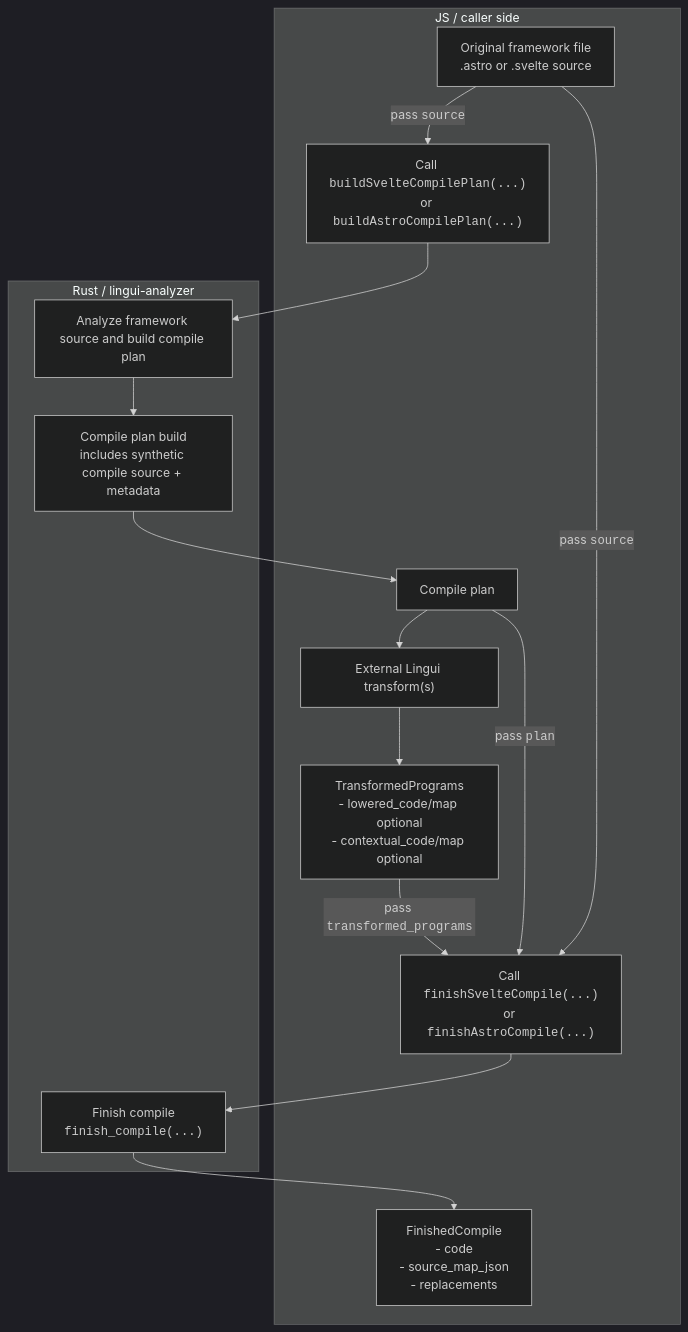
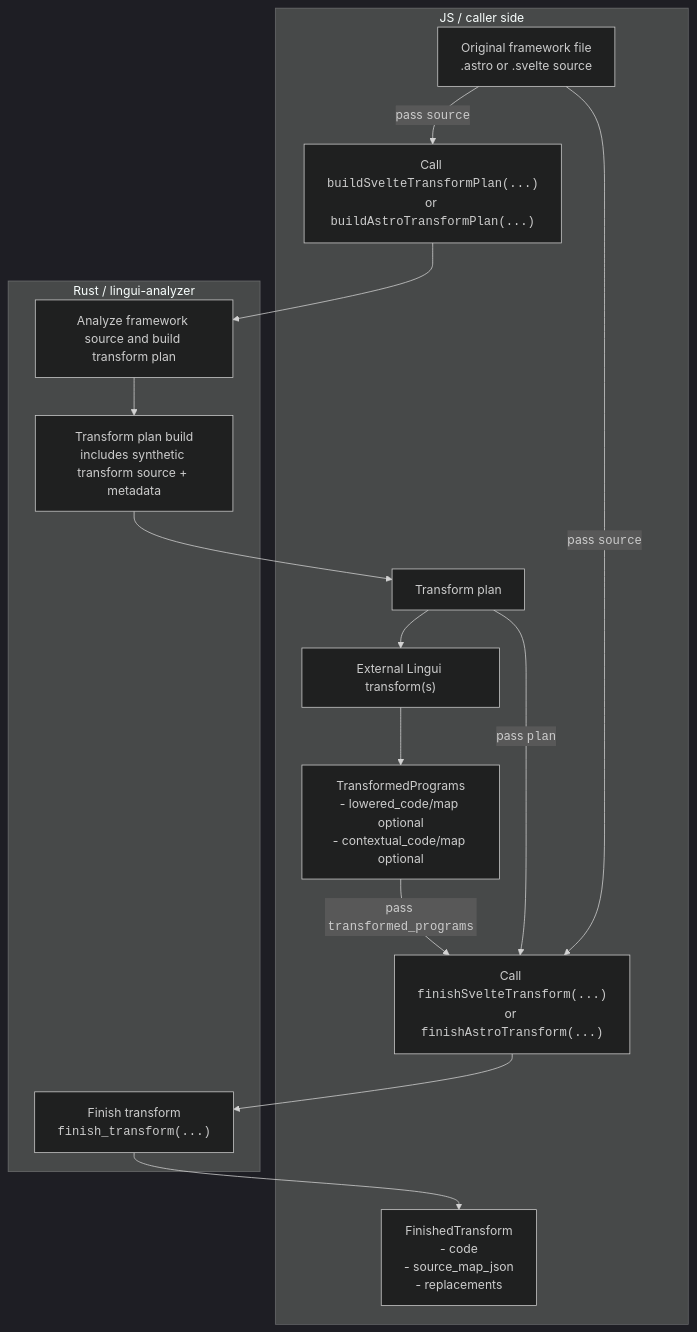
One commit to SegaraRai/lingui-for changed the second of 2 diagrams in crates/lingui-analyzer/README.md. Above: the diagram before and after it, drawn with Mermaid (dark theme). The commit also changed other lines of this file and 36 other files, not shown here.

````diff
--- a/crates/lingui-analyzer/README.md
+++ b/crates/lingui-analyzer/README.md
@@ -121,30 +121,30 @@
 ```mermaid
 flowchart TD
   subgraph JS["JS / caller side"]
     J1["Original framework file<br/>.astro or .svelte source"]
-    J2["Call <code>buildSvelteCompilePlan(...)</code><br/>or <code>buildAstroCompilePlan(...)</code>"]
-    J3["Compile plan"]
+    J2["Call <code>buildSvelteTransformPlan(...)</code><br/>or <code>buildAstroTransformPlan(...)</code>"]
+    J3["Transform plan"]
     J4["External Lingui transform(s)"]
     J5["TransformedPrograms<br/>- lowered_code/map optional<br/>- contextual_code/map optional"]
-    J6["Call <code>finishSvelteCompile(...)</code><br/>or <code>finishAstroCompile(...)</code>"]
-    J7["FinishedCompile<br/>- code<br/>- source_map_json<br/>- replacements"]
+    J6["Call <code>finishSvelteTransform(...)</code><br/>or <code>finishAstroTransform(...)</code>"]
+    J7["FinishedTransform<br/>- code<br/>- source_map_json<br/>- replacements"]
   end
 
   subgraph Rust["Rust / lingui-analyzer"]
-    R1["Analyze framework source and build compile plan"]
-    R2["Compile plan build<br/>includes synthetic compile source + metadata"]
-    R3["Finish compile<br/><code>finish_compile(...)</code>"]
+    R1["Analyze framework source and build transform plan"]
+    R2["Transform plan build<br/>includes synthetic transform source + metadata"]
+    R3["Finish transform<br/><code>finish_transform(...)</code>"]
   end
 
   J1 -->|"pass <code>source</code>"| J2
   J2 --> R1
   R1 --> R2
   R2 --> J3
   J3 --> J4
   J4 --> J5
   J1 -->|"pass <code>source</code>"| J6
   J3 -->|"pass <code>plan</code>"| J6
   J5 -->|"pass <code>transformed_programs</code>"| J6
   J6 --> R3
   R3 --> J7
 ```
````
